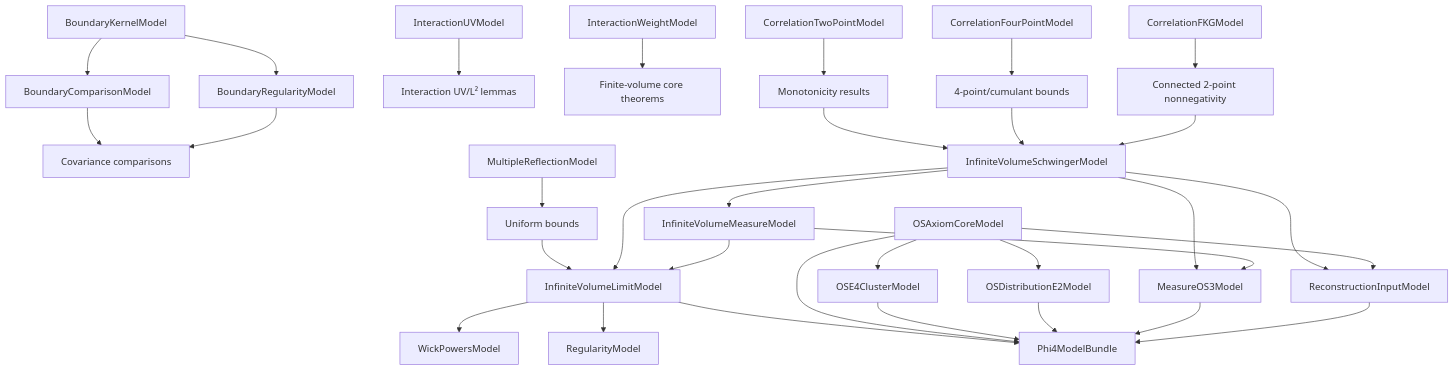
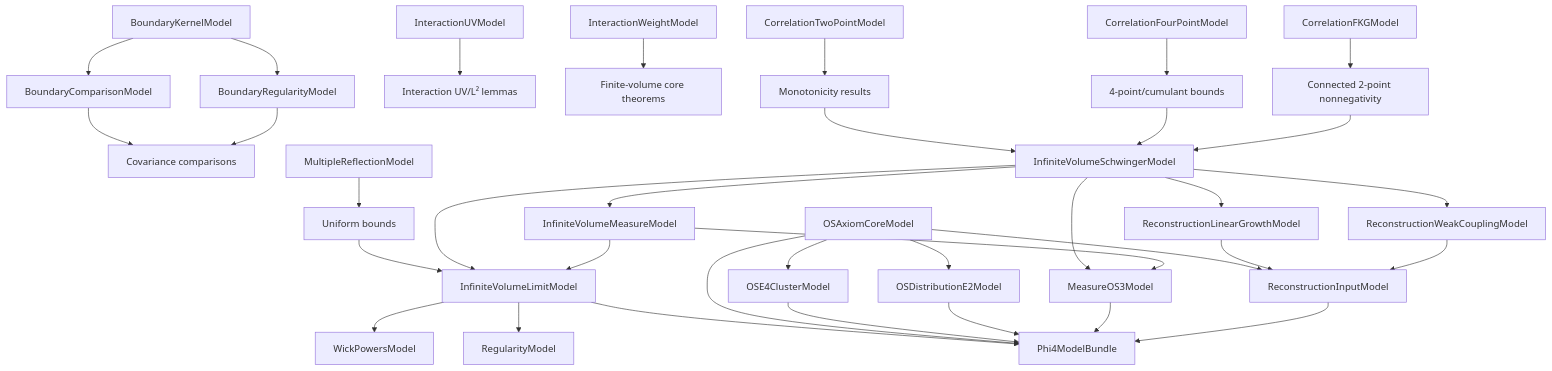
Before and after one commit to xiyin137/Phi4: the third of 3 diagrams in TODO.md, drawn with Mermaid. The commit also changed other lines of this file and 4 other files, not shown here.

````diff
--- a/TODO.md
+++ b/TODO.md
@@ -106,35 +111,38 @@
 ```mermaid
 flowchart TD
   BKM[BoundaryKernelModel] --> BComp[BoundaryComparisonModel]
   BKM --> BReg[BoundaryRegularityModel]
   BComp --> CovOps[Covariance comparisons]
   BReg --> CovOps
   IUV[InteractionUVModel] --> InteractionL2[Interaction UV/L² lemmas]
   IWM[InteractionWeightModel] --> FVMCore[Finite-volume core theorems]
   C2P[CorrelationTwoPointModel] --> Mono[Monotonicity results]
   C4P[CorrelationFourPointModel] --> IV4[4-point/cumulant bounds]
   CFKG[CorrelationFKGModel] --> Conn2[Connected 2-point nonnegativity]
   MRM[MultipleReflectionModel] --> UB[Uniform bounds]
   Mono --> IVS[InfiniteVolumeSchwingerModel]
   IV4 --> IVS
   Conn2 --> IVS
   UB --> IVLM
   IVS --> IVM[InfiniteVolumeMeasureModel]
   IVS --> IVLM[InfiniteVolumeLimitModel]
   IVM --> IVLM
   IVLM --> WPM[WickPowersModel]
   IVLM --> RM[RegularityModel]
   IVS --> OSM3[MeasureOS3Model]
   IVM --> OSM3
   OSMC[OSAxiomCoreModel]
   OSMC --> OSE4[OSE4ClusterModel]
   OSMC --> OSE2[OSDistributionE2Model]
-  IVS --> RIM[ReconstructionInputModel]
+  IVS --> RLG[ReconstructionLinearGrowthModel]
+  IVS --> RWC[ReconstructionWeakCouplingModel]
   OSMC --> RIM[ReconstructionInputModel]
+  RLG --> RIM[ReconstructionInputModel]
+  RWC --> RIM[ReconstructionInputModel]
   IVLM --> Bundle[Phi4ModelBundle]
   OSMC --> Bundle
   OSE4 --> Bundle
   OSE2 --> Bundle
   OSM3 --> Bundle
   RIM --> Bundle
 ```
````
